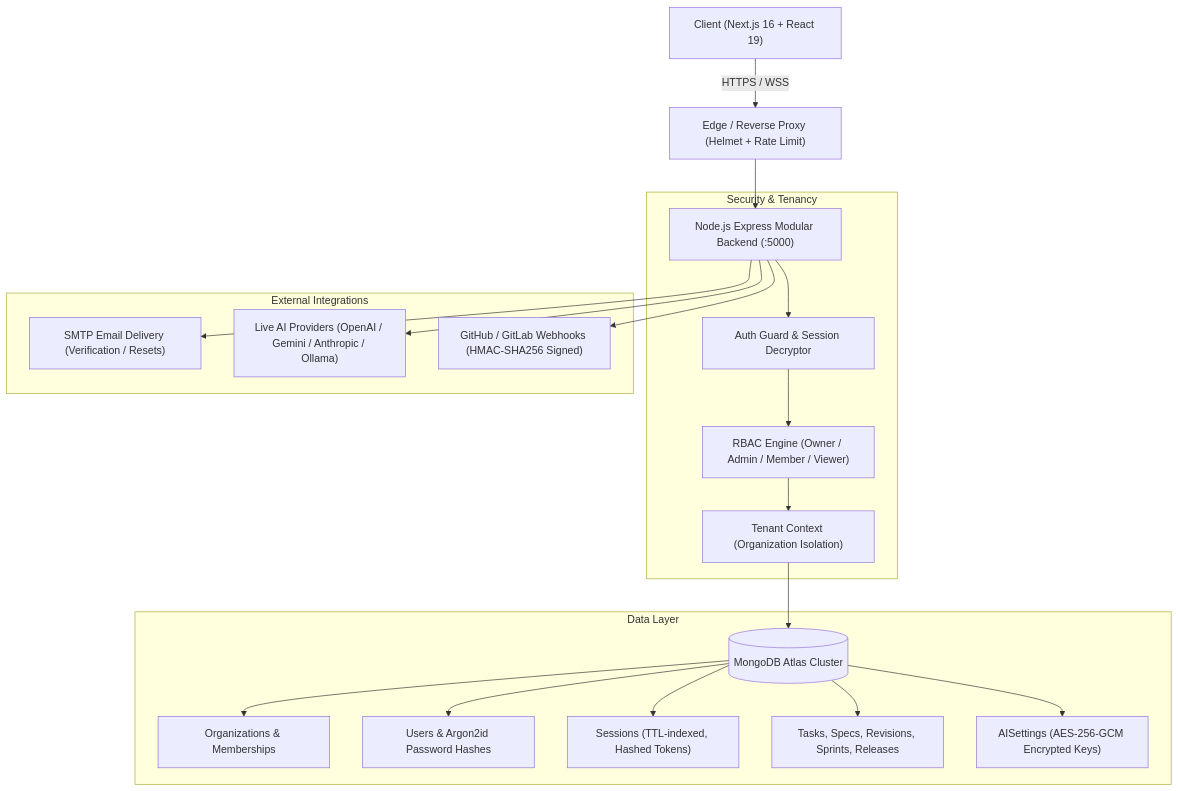
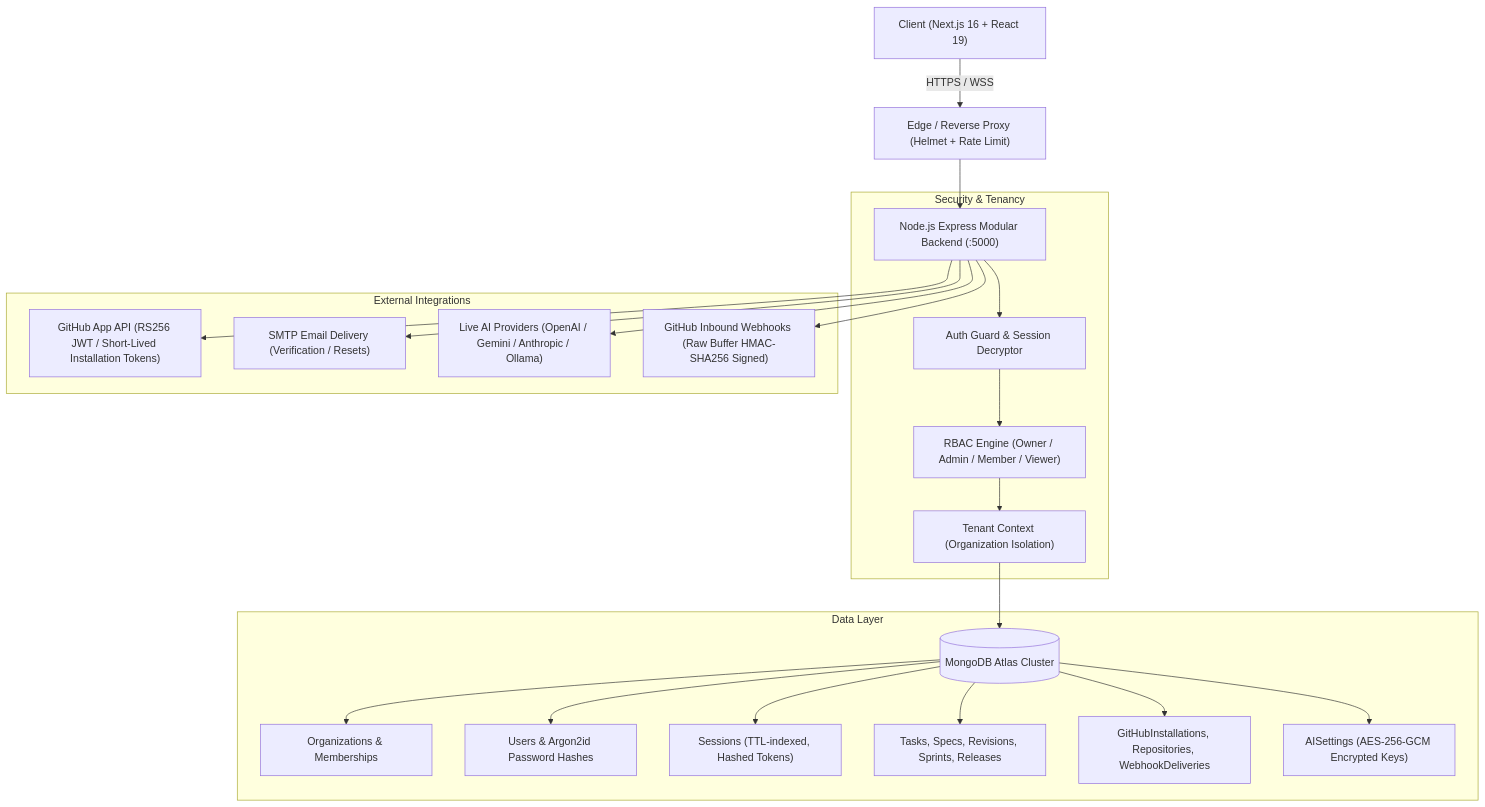
The first of 2 diagrams in ARCHITECTURE.md (himansh025/nova-workspace), drawn with Mermaid before and after one commit. The commit also changed other lines of this file and 26 other files, not shown here.

Commit message:
GitHub Integration Foundation, Security Hardening, and Real GitHub App Support

````diff
--- a/ARCHITECTURE.md
+++ b/ARCHITECTURE.md
@@ -11,26 +11,28 @@
 ```mermaid
 graph TD
     Client["Client (Next.js 16 + React 19)"] -->|HTTPS / WSS| NGINX["Edge / Reverse Proxy (Helmet + Rate Limit)"]
     NGINX --> Express["Node.js Express Modular Backend (:5000)"]
     
     subgraph Security & Tenancy
         Express --> AuthGuard["Auth Guard & Session Decryptor"]
         AuthGuard --> RBAC["RBAC Engine (Owner / Admin / Member / Viewer)"]
         RBAC --> TenantIsolation["Tenant Context (Organization Isolation)"]
     end
 
     subgraph Data Layer
         TenantIsolation --> MongoCluster[("MongoDB Atlas Cluster")]
         MongoCluster --> OrgCol["Organizations & Memberships"]
         MongoCluster --> UserCol["Users & Argon2id Password Hashes"]
         MongoCluster --> SessionCol["Sessions (TTL-indexed, Hashed Tokens)"]
         MongoCluster --> CoreCol["Tasks, Specs, Revisions, Sprints, Releases"]
+        MongoCluster --> GitCol["GitHubInstallations, Repositories, WebhookDeliveries"]
         MongoCluster --> AICol["AISettings (AES-256-GCM Encrypted Keys)"]
     end
 
     subgraph External Integrations
+        Express --> GitHubApp["GitHub App API (RS256 JWT / Short-Lived Installation Tokens)"]
         Express --> Nodemailer["SMTP Email Delivery (Verification / Resets)"]
         Express --> LiveLLM["Live AI Providers (OpenAI / Gemini / Anthropic / Ollama)"]
-        Express --> GitHooks["GitHub / GitLab Webhooks (HMAC-SHA256 Signed)"]
+        Express --> GitHooks["GitHub Inbound Webhooks (Raw Buffer HMAC-SHA256 Signed)"]
     end
 ```
````
